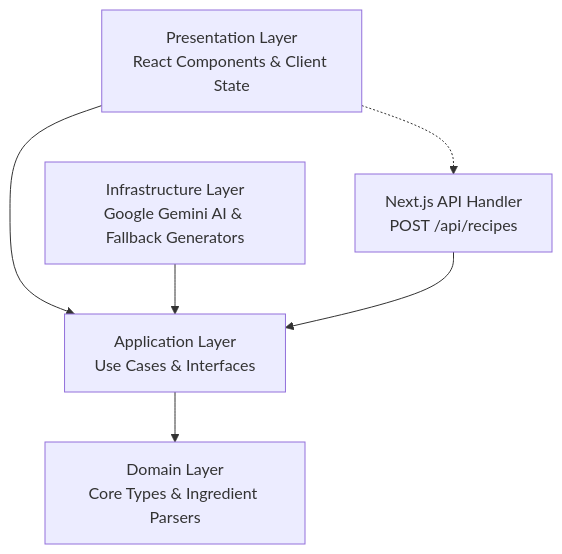
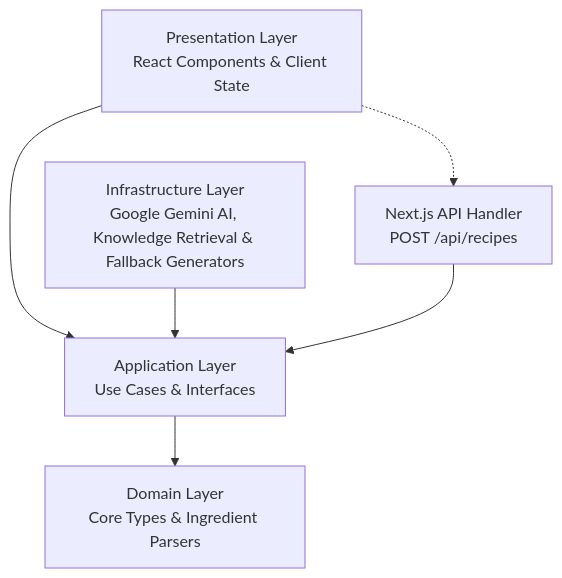
Before and after one commit to AungZawMyo97/chet-gpt: the diagram in .spec/architecture.md, drawn with Mermaid. The commit also changed other lines of this file and 26 other files, not shown here.

````diff
--- a/.spec/architecture.md
+++ b/.spec/architecture.md
@@ -9,8 +9,8 @@
 ```mermaid
 graph TD
     Presentation[Presentation Layer<br>React Components & Client State] --> Application[Application Layer<br>Use Cases & Interfaces]
-    Infrastructure[Infrastructure Layer<br>Google Gemini AI & Fallback Generators] --> Application
+    Infrastructure[Infrastructure Layer<br>Google Gemini AI, Knowledge Retrieval & Fallback Generators] --> Application
     Application --> Domain[Domain Layer<br>Core Types & Ingredient Parsers]
     Presentation -.-> API[Next.js API Handler<br>POST /api/recipes]
     API --> Application
 ```
````
